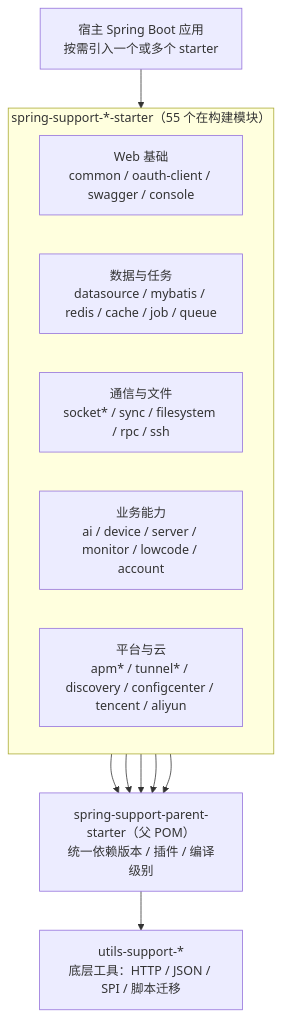
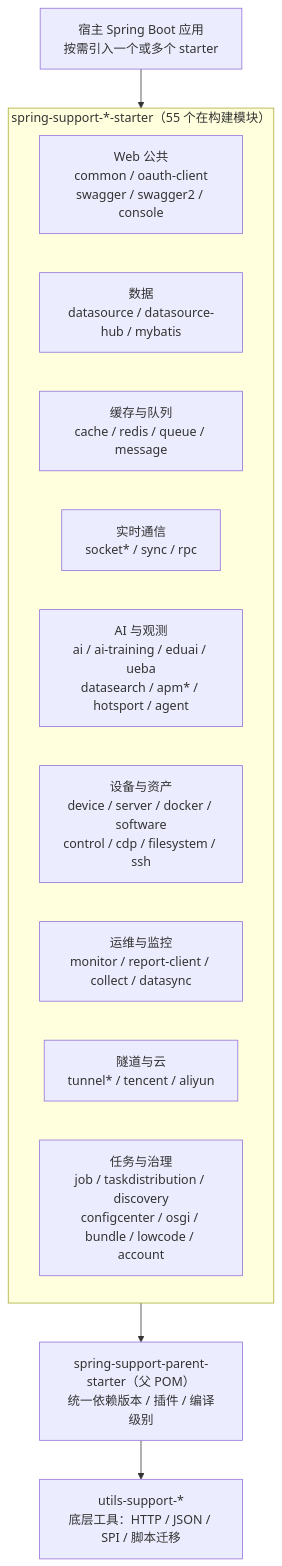
Before and after one commit to CHTK001/spring-support-parent-starter: the first of 2 diagrams in README.md, drawn with Mermaid. The commit also changed other lines of this file and 54 other files, not shown here.

````diff
--- a/README.md
+++ b/README.md
@@ -41,24 +39,21 @@
 ```mermaid
 flowchart TB
     HOST["宿主 Spring Boot 应用<br/>按需引入一个或多个 starter"]
-
     subgraph STARTERS["spring-support-*-starter（55 个在构建模块）"]
         direction LR
-        WEB["Web 基础<br/>common / oauth-client / swagger / console"]
-        DATA["数据与任务<br/>datasource / mybatis / redis / cache / job / queue"]
-        MSG["通信与文件<br/>socket* / sync / filesystem / rpc / ssh"]
-        BIZ["业务能力<br/>ai / device / server / monitor / lowcode / account"]
-        OPS["平台与云<br/>apm* / tunnel* / discovery / configcenter / tencent / aliyun"]
+        WEB["Web 公共<br/>common / oauth-client<br/>swagger / swagger2 / console"]
+        DATA["数据<br/>datasource / datasource-hub / mybatis"]
+        CACHE["缓存与队列<br/>cache / redis / queue / message"]
+        RT["实时通信<br/>socket* / sync / rpc"]
+        AI["AI 与观测<br/>ai / ai-training / eduai / ueba<br/>datasearch / apm* / hotsport / agent"]
+        DEV["设备与资产<br/>device / server / docker / software<br/>control / cdp / filesystem / ssh"]
+        OPS["运维与监控<br/>monitor / report-client / collect / datasync"]
+        TUN["隧道与云<br/>tunnel* / tencent / aliyun"]
+        GOV["任务与治理<br/>job / taskdistribution / discovery<br/>configcenter / osgi / bundle / lowcode / account"]
     end
-
     PARENT["spring-support-parent-starter（父 POM）<br/>统一依赖版本 / 插件 / 编译级别"]
     UTILS["utils-support-*<br/>底层工具：HTTP / JSON / SPI / 脚本迁移"]
-
     HOST --> STARTERS
-    WEB --> PARENT
-    DATA --> PARENT
-    MSG --> PARENT
-    BIZ --> PARENT
-    OPS --> PARENT
+    STARTERS --> PARENT
     PARENT --> UTILS
 ```
````
